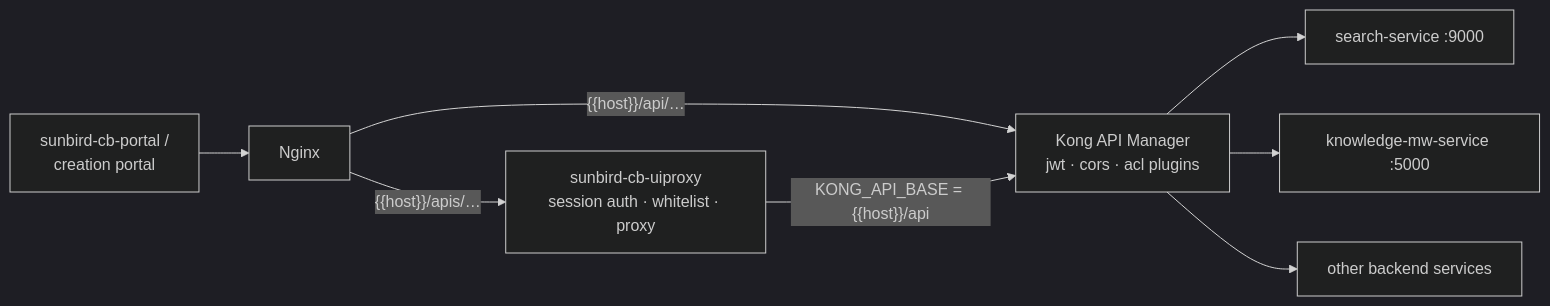
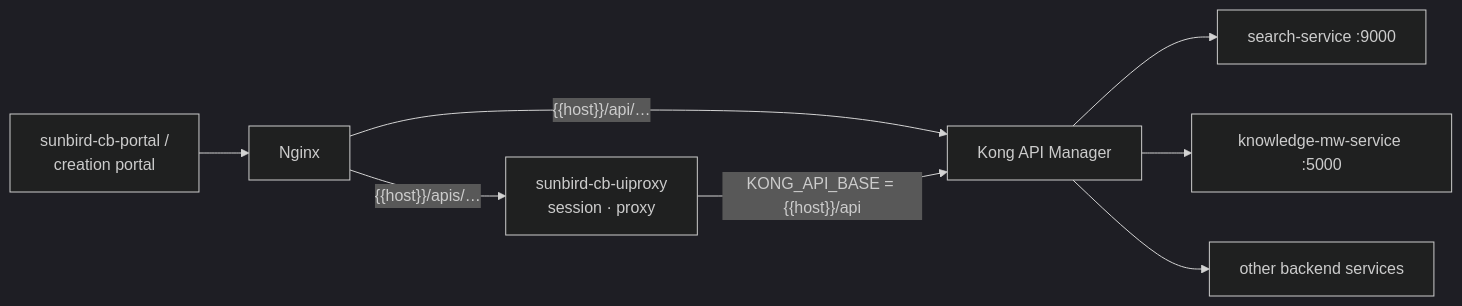
The diagram in docs/platform/api-gateway.md (KB-iGOT/igot-docs), drawn with Mermaid (dark theme) before and after one commit. The commit also changed other lines of this file and 10 other files, not shown here.

````diff
--- a/docs/platform/api-gateway.md
+++ b/docs/platform/api-gateway.md
@@ -9,10 +9,10 @@
 ```mermaid
 flowchart LR
   P[sunbird-cb-portal /<br/>creation portal] --> N[Nginx]
-  N -- "{{host}}/apis/…" --> U[sunbird-cb-uiproxy<br/>session auth · whitelist · proxy]
-  N -- "{{host}}/api/…" --> K[Kong API Manager<br/>jwt · cors · acl plugins]
+  N -- "{{host}}/apis/…" --> U[sunbird-cb-uiproxy<br/>session · proxy]
+  N -- "{{host}}/api/…" --> K[Kong API Manager]
   U -- "KONG_API_BASE = {{host}}/api" --> K
   K --> S1[search-service :9000]
   K --> S2[knowledge-mw-service :5000]
   K --> S3[other backend services]
 ```
````
